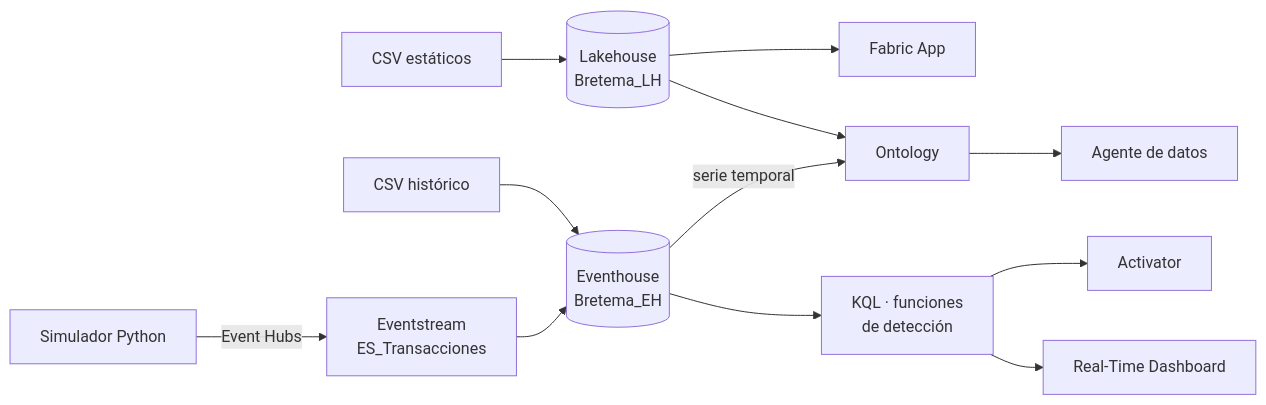
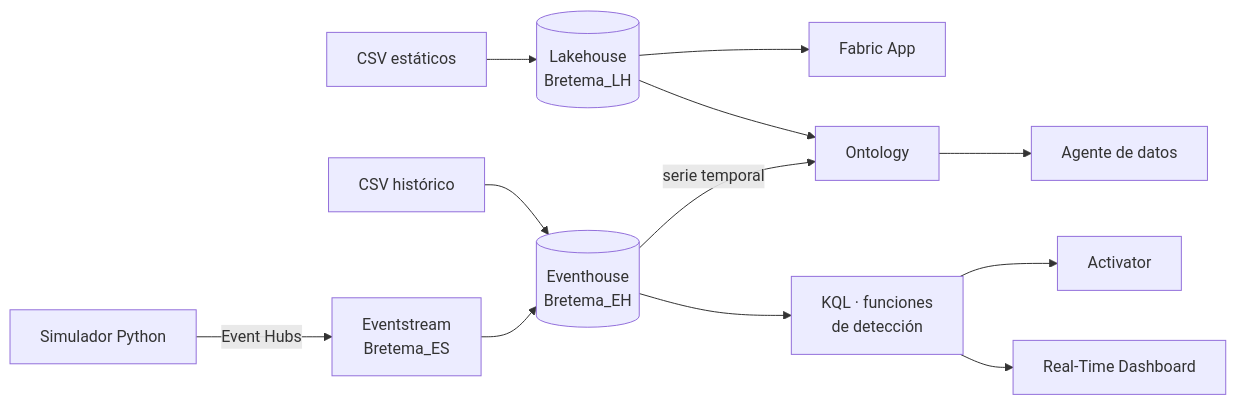
One commit to AbenFdez/Banco_Bretema_Prevencion_Fraude changed the diagram in docs/paso-a-paso/README.md. Above: the diagram before and after it, drawn with Mermaid. The commit also changed other lines of this file and 7 other files, not shown here.

````diff
--- a/docs/paso-a-paso/README.md
+++ b/docs/paso-a-paso/README.md
@@ -16,13 +16,13 @@
 ```mermaid
 flowchart LR
     CSV1[CSV estáticos] --> LH[(Lakehouse<br/>Bretema_LH)]
     CSV2[CSV histórico] --> EH[(Eventhouse<br/>Bretema_EH)]
-    SIM[Simulador Python] -->|Event Hubs| ES[Eventstream<br/>ES_Transacciones] --> EH
+    SIM[Simulador Python] -->|Event Hubs| ES[Eventstream<br/>Bretema_ES] --> EH
     EH --> KQL[KQL · funciones<br/>de detección]
     KQL --> RTD[Real-Time Dashboard]
     KQL --> ACT[Activator]
     LH --> ONT[Ontology]
     EH -->|serie temporal| ONT
     ONT --> AG[Agente de datos]
     LH --> APP[Fabric App]
 ```
````
